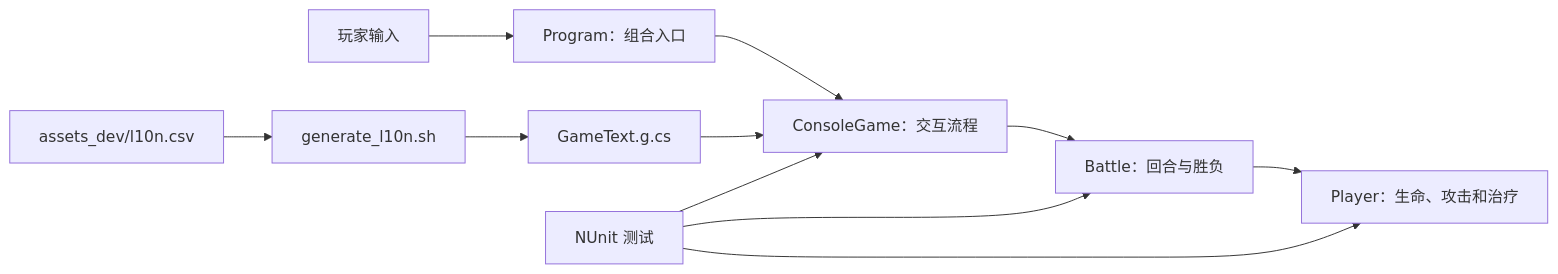
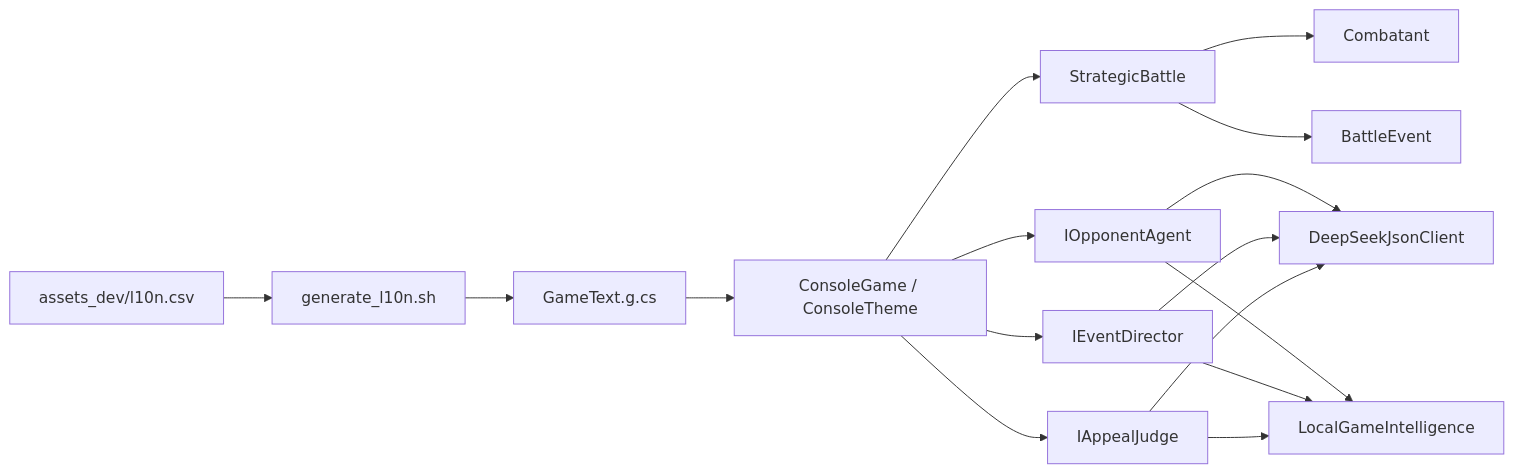
Before and after one commit to kongxiaoan/BattleGame: the diagram in README.md, drawn with Mermaid. The commit also changed other lines of this file and 21 other files, not shown here.

````diff
--- a/README.md
+++ b/README.md
@@ -36,13 +75,18 @@
 ```mermaid
 flowchart LR
-    User["玩家输入"] --> Program["Program：组合入口"]
-    Program --> ConsoleGame["ConsoleGame：交互流程"]
-    ConsoleGame --> Battle["Battle：回合与胜负"]
-    Battle --> Player["Player：生命、攻击和治疗"]
+    CLI["ConsoleGame / ConsoleTheme"] --> Core["StrategicBattle"]
+    CLI --> Opponent["IOpponentAgent"]
+    CLI --> Director["IEventDirector"]
+    CLI --> Judge["IAppealJudge"]
+    Opponent --> DS["DeepSeekJsonClient"]
+    Director --> DS
+    Judge --> DS
+    Opponent --> Local["LocalGameIntelligence"]
+    Director --> Local
+    Judge --> Local
+    Core --> Combatant
+    Core --> Event["BattleEvent"]
     CSV["assets_dev/l10n.csv"] --> Generator["generate_l10n.sh"]
-    Generator --> GameText["GameText.g.cs"]
-    GameText --> ConsoleGame
-    Tests["NUnit 测试"] --> ConsoleGame
-    Tests --> Battle
-    Tests --> Player
+    Generator --> Text["GameText.g.cs"]
+    Text --> CLI
 ```
````
